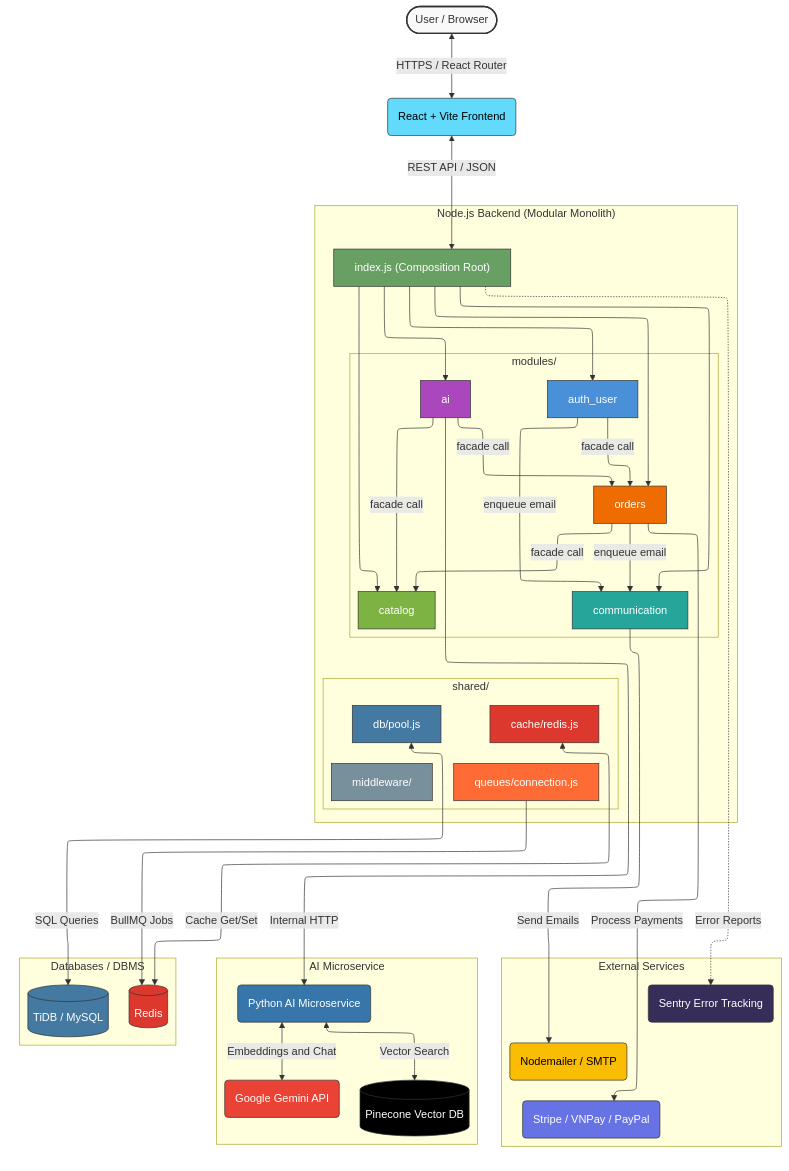
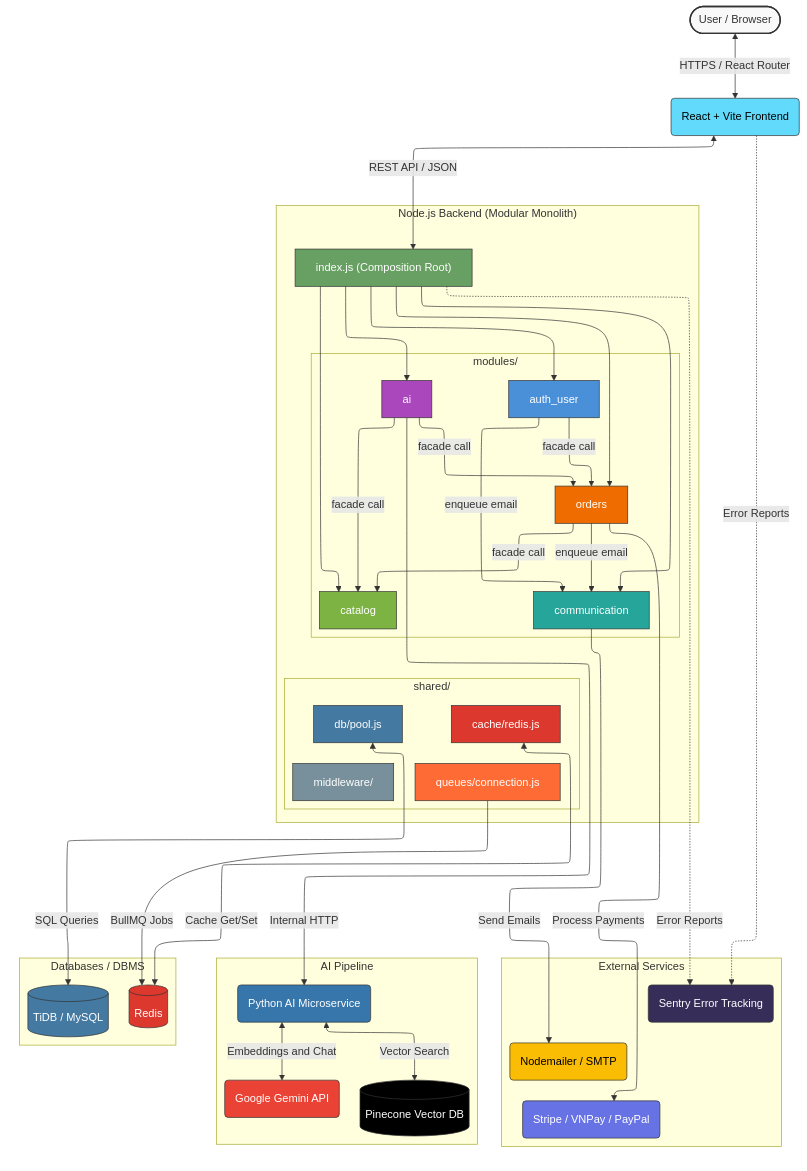
The first of 3 diagrams in README.md (dhp-exe/e-commercial-project), drawn with Mermaid before and after one commit.

Commit message:
docs: add Sentry error tracking and rename AI Microservice to AI Pipeline in architecture diagram

```diff
--- a/README.md
+++ b/README.md
@@ -122,7 +122,7 @@
         s2
         s1
   end
- subgraph subGraph3["AI Microservice"]
+ subgraph subGraph3["AI Pipeline"]
         Gemini("Google Gemini API")
         AIService("Python AI Microservice")
         Pinecone[("Pinecone Vector DB")]
@@ -153,6 +153,7 @@
     AIService <-- Embeddings and Chat --> Gemini
     AIService <-- Vector Search --> Pinecone
     QConn -- BullMQ Jobs --> Redis
+    Frontend -. Error Reports .-> Sentry("Sentry Error Tracking")
 
     style Sentry fill:#362d59,stroke:#333,color:#fff
     style EmailSMTP fill:#fbbc04,stroke:#333,color:#000
```
